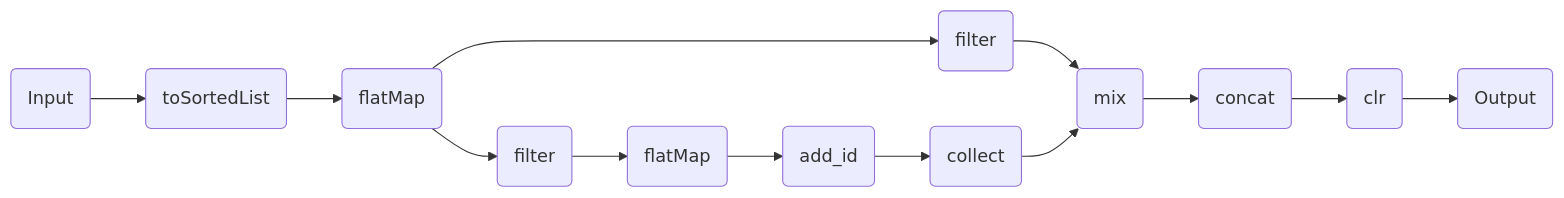
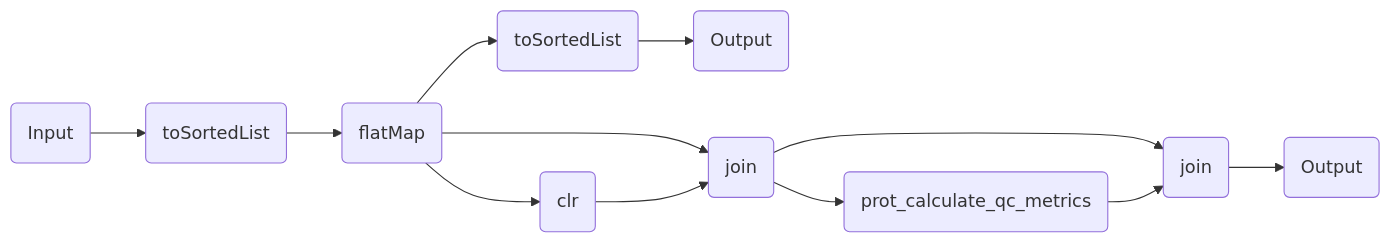
The diagram in components/workflows/multiomics/prot_multisample.qmd (openpipelines-bio/website), drawn with Mermaid before and after one commit. The commit also changed other lines of this file and 92 other files, not shown here.

````diff
--- a/components/workflows/multiomics/prot_multisample.qmd
+++ b/components/workflows/multiomics/prot_multisample.qmd
@@ -102,29 +101,26 @@
 ```{mermaid}
 %%| column: screen-inset-shaded
 flowchart LR
     p0(Input)
     p3(toSortedList)
     p5(flatMap)
-    p9(filter)
-    p11(flatMap)
-    p17(add_id)
-    p21(collect)
-    p24(mix)
-    p23(filter)
-    p31(concat)
-    p41(clr)
-    p49(Output)
-    p23-->p24
+    p7(toSortedList)
+    p9(Output)
+    p15(clr)
+    p17(join)
+    p25(prot_calculate_qc_metrics)
+    p27(join)
+    p34(Output)
     p0-->p3
     p3-->p5
-    p5-->p9
-    p5-->p23
-    p9-->p11
-    p11-->p17
-    p17-->p21
-    p21-->p24
-    p24-->p31
-    p31-->p41
-    p41-->p49
+    p5-->p7
+    p7-->p9
+    p5-->p17
+    p5-->p15
+    p15-->p17
+    p17-->p27
+    p17-->p25
+    p25-->p27
+    p27-->p34
 
 ```
````
